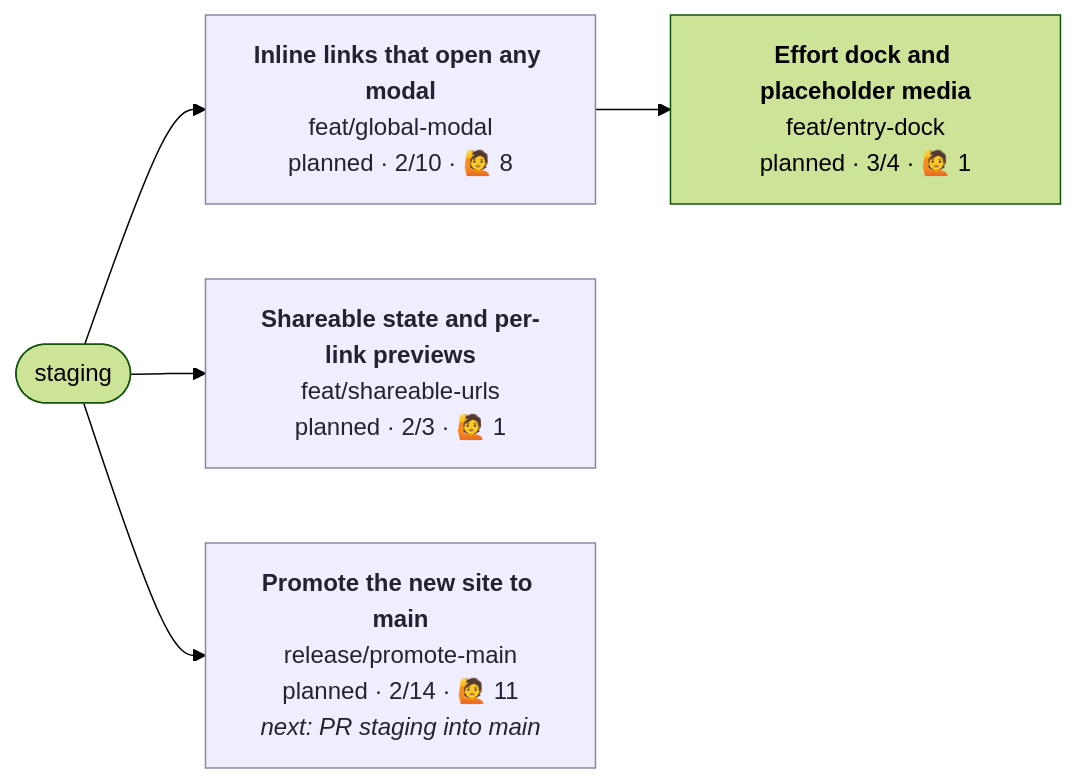
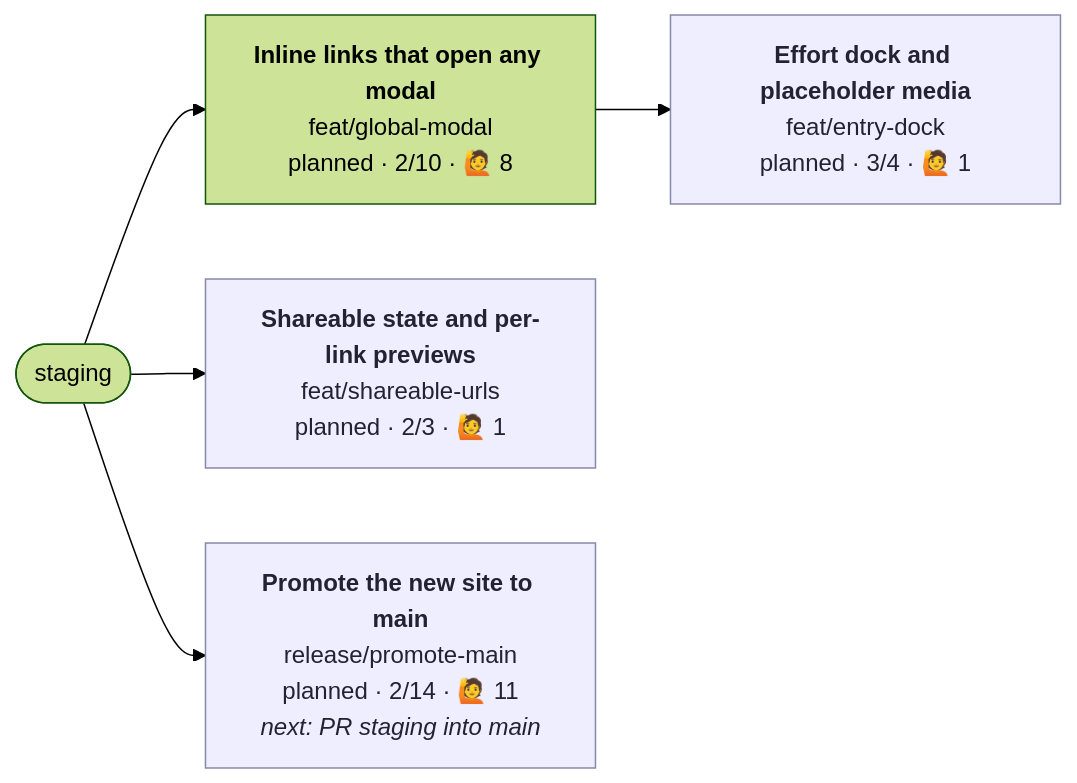
Before and after one commit to henryjonescodes/portfolio: the diagram in CONTRIBUTING.md, drawn with Mermaid (forest theme). The commit also changed other lines of this file, not shown here.

````diff
--- a/CONTRIBUTING.md
+++ b/CONTRIBUTING.md
@@ -5,21 +5,21 @@
 ```mermaid
 flowchart LR
   n_staging([staging])
   n_feat_entry_dock["<b>Effort dock and placeholder media</b><br/>feat/entry-dock<br/>planned · 3/4 · 🙋 1"]
-  class n_feat_entry_dock planned,current
+  class n_feat_entry_dock planned
   n_feat_global_modal --> n_feat_entry_dock
   n_feat_global_modal["<b>Inline links that open any modal</b><br/>feat/global-modal<br/>planned · 2/10 · 🙋 8"]
-  class n_feat_global_modal planned
+  class n_feat_global_modal planned,current
   n_staging --> n_feat_global_modal
   n_feat_shareable_urls["<b>Shareable state and per-link previews</b><br/>feat/shareable-urls<br/>planned · 2/3 · 🙋 1"]
   class n_feat_shareable_urls planned
   n_staging --> n_feat_shareable_urls
   n_release_promote_main["<b>Promote the new site to main</b><br/>release/promote-main<br/>planned · 2/14 · 🙋 11<br/><i>next: PR staging into main</i>"]
   class n_release_promote_main planned
   n_staging --> n_release_promote_main
   classDef planned fill:#eef,stroke:#88a,color:#223
   classDef active fill:#dfd,stroke:#3a3,stroke-width:3px,color:#132
   classDef blocked fill:#fdd,stroke:#c33,color:#311
   classDef review fill:#ffd,stroke:#cc3,color:#331
   classDef current stroke:#06c,stroke-width:4px
 ```
````
